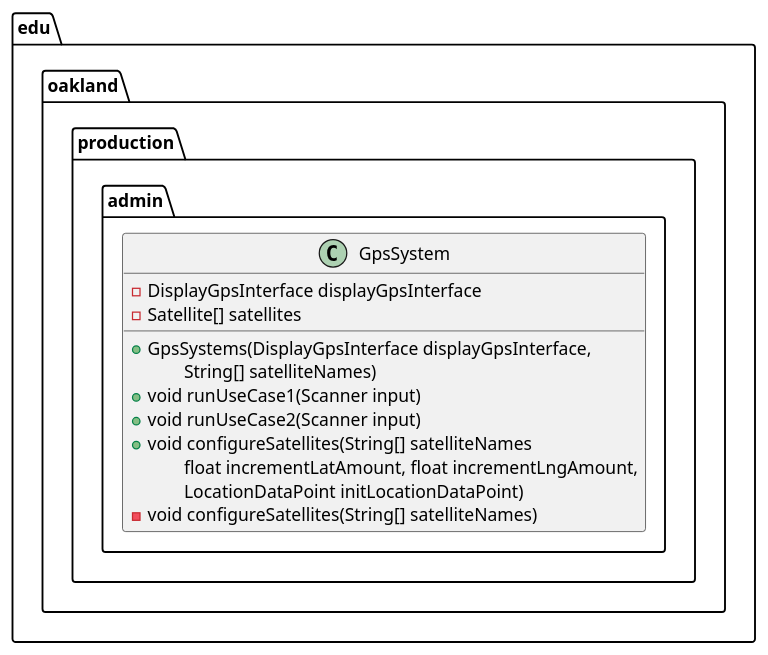
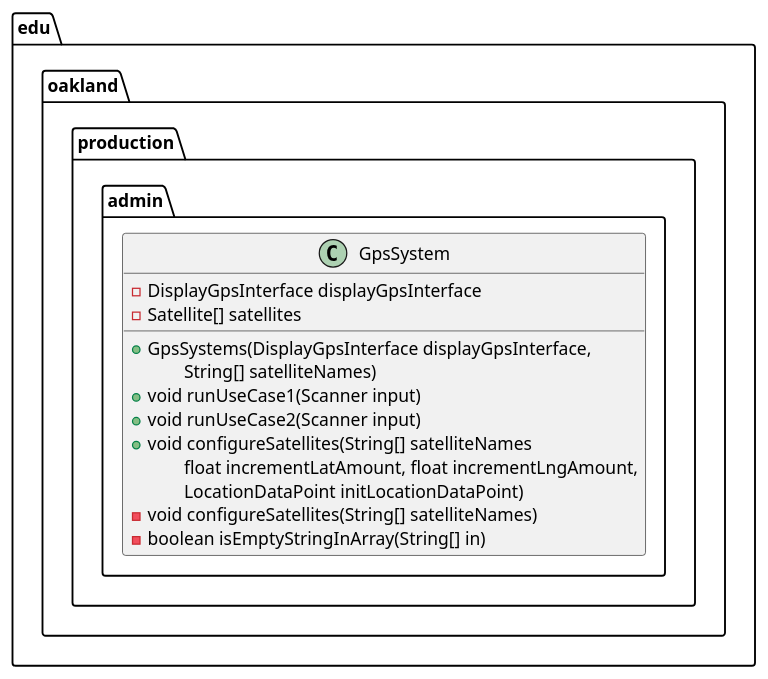
The diagram in docs/uml-class-diagrams/admin/production/GpsSystem/GpsSystem.puml (andrewdimmer/csi-3370-software-project), drawn with PlantUML before and after one commit. The commit also changed 51 other files, not shown here.

```diff
--- a/docs/uml-class-diagrams/admin/production/GpsSystem/GpsSystem.puml
+++ b/docs/uml-class-diagrams/admin/production/GpsSystem/GpsSystem.puml
@@ -1,19 +1,20 @@
 @startuml GpsSystem
 
 package edu.oakland.production.admin {
     class GpsSystem {
         - DisplayGpsInterface displayGpsInterface
         - Satellite[] satellites
         __
         + GpsSystems(DisplayGpsInterface displayGpsInterface,
         \tString[] satelliteNames)
         + void runUseCase1(Scanner input)
         + void runUseCase2(Scanner input)
         + void configureSatellites(String[] satelliteNames
         \tfloat incrementLatAmount, float incrementLngAmount,
         \tLocationDataPoint initLocationDataPoint)
         - void configureSatellites(String[] satelliteNames)
+        - boolean isEmptyStringInArray(String[] in)
     }
 }
 
 @enduml
```
